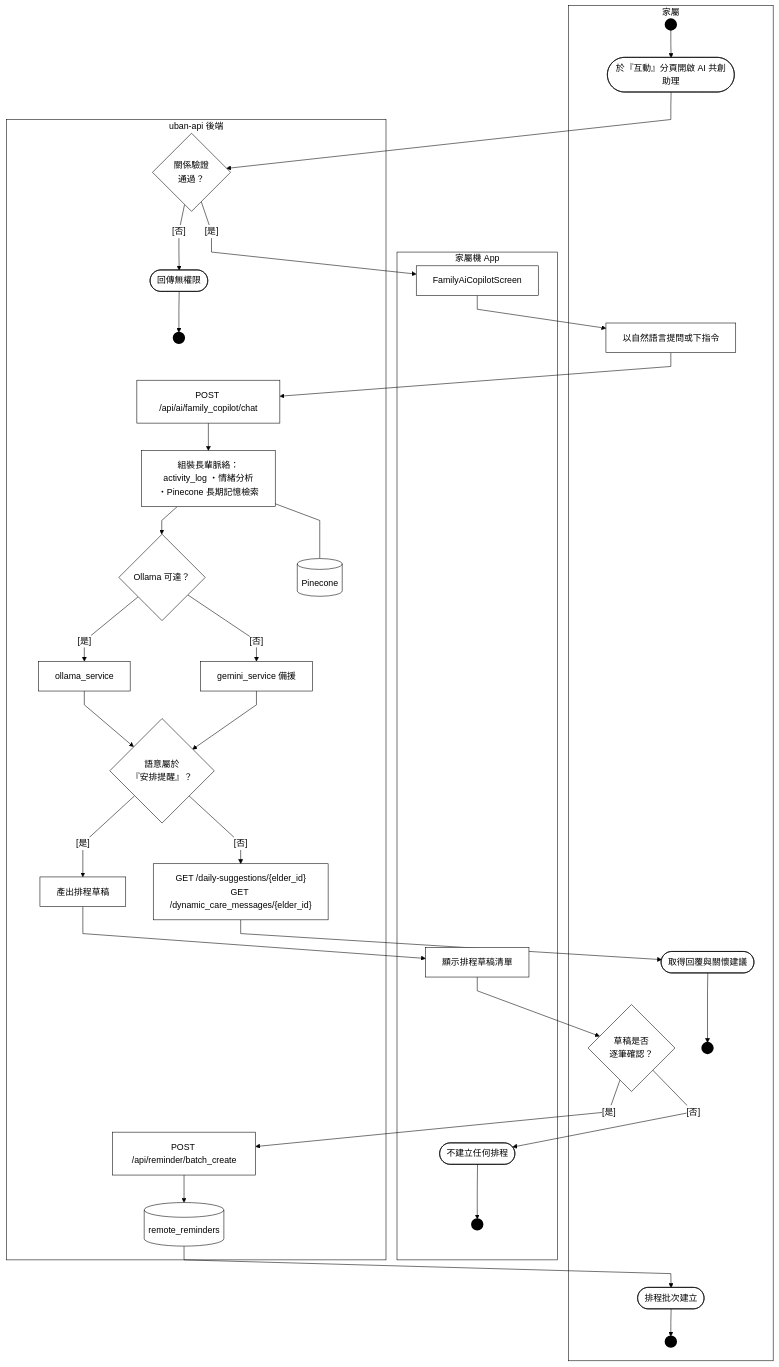
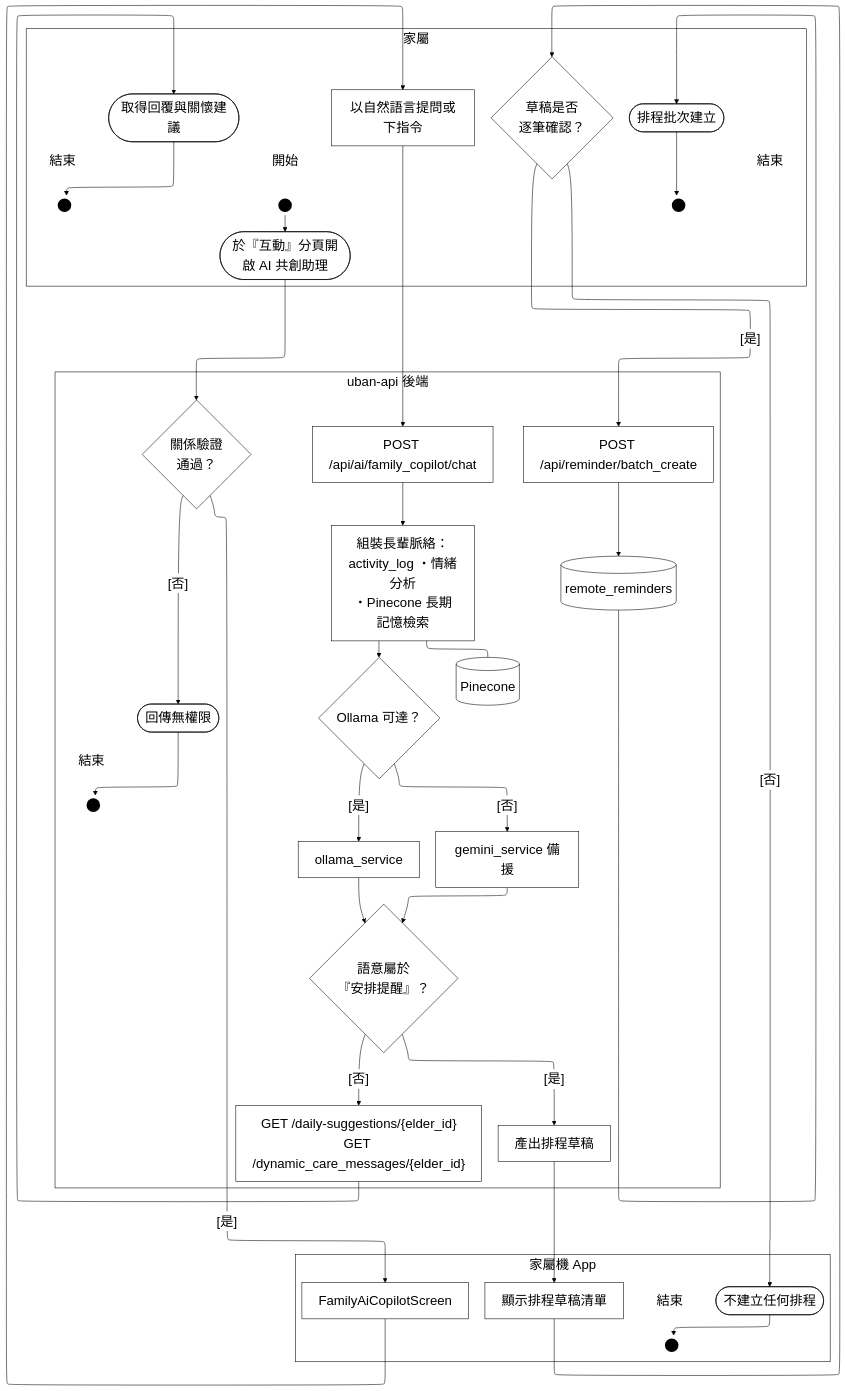
One commit to HuangYu-Kai/Uban changed the diagram in Uban System Documents/mermaid原始碼/A19-AI協作.mmd. Above: the diagram before and after it, drawn with Mermaid. The commit also changed 37 other files, not shown here.

First line of the commit message:
圖表：改用 ELK 正交路由、字體放大到 24px、起訖點加上開始與結束標註

```diff
--- a/Uban System Documents/mermaid原始碼/A19-AI協作.mmd
+++ b/Uban System Documents/mermaid原始碼/A19-AI協作.mmd
@@ -1,66 +1,79 @@
-%%{init:{"flowchart":{"curve":"linear","htmlLabels":true},"themeVariables":{"clusterBkg":"#FFFFFF","clusterBorder":"#000000","edgeLabelBackground":"#FFFFFF","textColor":"#000000","nodeTextColor":"#000000","titleColor":"#000000","lineColor":"#000000"}}}%%
+%%{init:{"layout":"elk","elk":{"mergeEdges":false},"flowchart":{"htmlLabels":true},"themeVariables":{"clusterBkg":"#FFFFFF","clusterBorder":"#000000","edgeLabelBackground":"#FFFFFF","textColor":"#000000","nodeTextColor":"#000000","titleColor":"#000000","lineColor":"#000000","fontSize":"24px"}}}%%
 flowchart TD
   subgraph ROLE["家屬"]
+    LS_S1["開始"]:::lbl
     ST_S1(("&nbsp;")):::term
     S1([於『互動』分頁開啟 AI 共創助理]):::act
     S2["以自然語言提問或下指令"]:::act
     S3{"草稿是否<br/>逐筆確認？"}:::dec
     S4(["取得回覆與關懷建議"]):::act
+    LE_S4["結束"]:::lbl
     EN_S4(("&nbsp;")):::term
     S5(["排程批次建立"]):::act
+    LE_S5["結束"]:::lbl
     EN_S5(("&nbsp;")):::term
   end
   subgraph FE["家屬機 App"]
     A1["FamilyAiCopilotScreen"]:::act
     A2["顯示排程草稿清單"]:::act
     A3(["不建立任何排程"]):::act
+    LE_A3["結束"]:::lbl
     EN_A3(("&nbsp;")):::term
   end
   subgraph BE["uban-api 後端"]
     G0{"關係驗證<br/>通過？"}:::dec
     B1["POST /api/ai/family_copilot/chat"]:::act
     B2["組裝長輩脈絡：<br/>activity_log ・情緒分析<br/>・Pinecone 長期記憶檢索"]:::act
     B3{"Ollama 可達？"}:::dec
     B4["ollama_service"]:::act
     B5["gemini_service 備援"]:::act
     B6{"語意屬於<br/>『安排提醒』？"}:::dec
     B7["產出排程草稿"]:::act
     B8["POST /api/reminder/batch_create"]:::act
     B9["GET /daily-suggestions/{elder_id}<br/>GET /dynamic_care_messages/{elder_id}"]:::act
     DB[("remote_reminders")]:::act
     PC[("Pinecone")]:::act
     X(["回傳無權限"]):::act
+    LE_X["結束"]:::lbl
     EN_X(("&nbsp;")):::term
   end
 
+  LS_S1 ~~~ ST_S1
   ST_S1 --> S1
   S1 --> G0
   G0 -->|"[否]"| X
   G0 -->|"[是]"| A1
   A1 --> S2
   S2 --> B1
   B1 --> B2
   B2 --- PC
   B2 --> B3
   B3 -->|"[是]"| B4
   B3 -->|"[否]"| B5
   B4 --> B6
   B5 --> B6
   B6 -->|"[否]"| B9
   B9 --> S4
   B6 -->|"[是]"| B7
   B7 --> A2
   A2 --> S3
   S3 -->|"[否]"| A3
   S3 -->|"[是]"| B8
   B8 --> DB
   DB --> S5
   S4 --> EN_S4
+  LE_S4 ~~~ EN_S4
   S5 --> EN_S5
+  LE_S5 ~~~ EN_S5
   A3 --> EN_A3
+  LE_A3 ~~~ EN_A3
   X --> EN_X
+  LE_X ~~~ EN_X
+  %% 鎖住泳道順序：ELK 不照宣告順序排，沒有這條鏈後端會跑到最上面
+  ROLE ~~~ FE ~~~ BE
 
   classDef act  fill:#FFFFFF,stroke:#000000,stroke-width:1px,color:#000000
   classDef dec  fill:#FFFFFF,stroke:#000000,stroke-width:1px,color:#000000
   classDef term fill:#000000,stroke:#000000,stroke-width:3px,color:#000000
   classDef gap  fill:#FFFFFF,stroke:#000000,stroke-width:1px,color:#000000,stroke-dasharray:4 3
+  classDef lbl  fill:none,stroke:none,color:#000000
```
